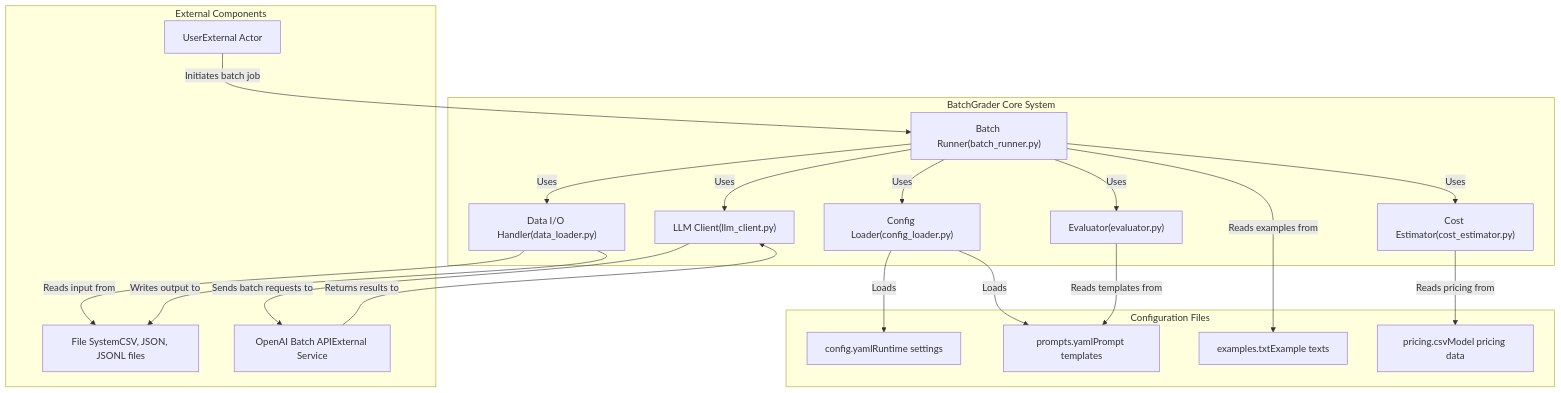
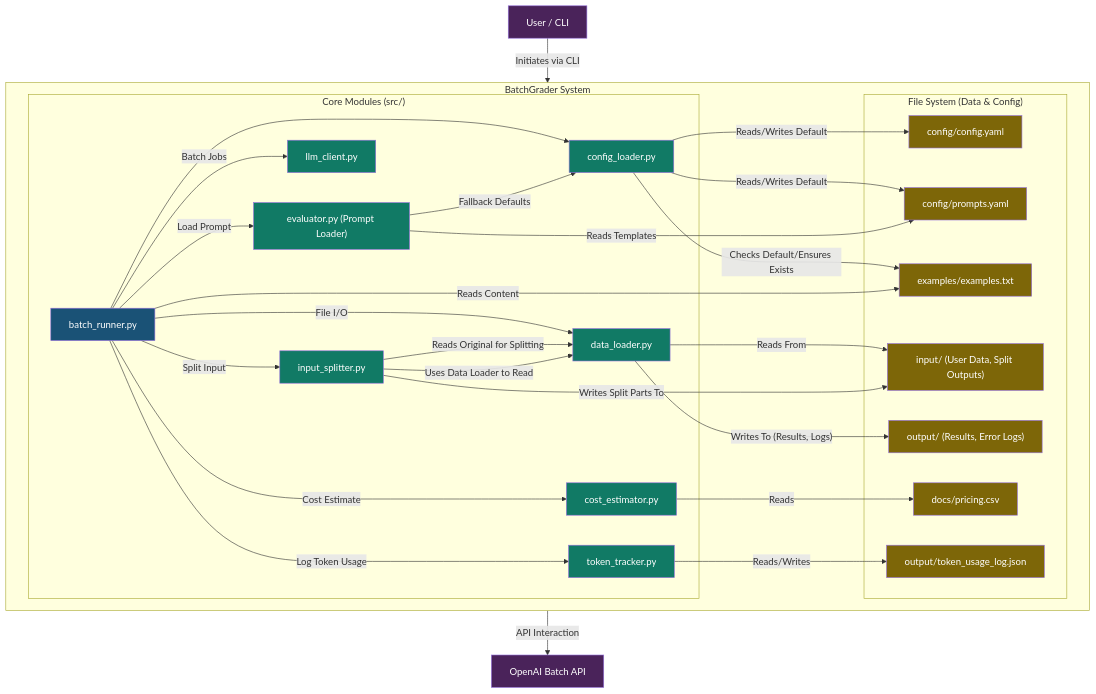
One commit to afunyun/BatchGrader changed the second of 4 diagrams in docs/architecture.md. Above: the diagram before and after it, drawn with Mermaid. The commit also changed other lines of this file and 2 other files, not shown here.

Commit message:
update architecture diagrams and README

````diff
--- a/docs/architecture.md
+++ b/docs/architecture.md
@@ -32,67 +32,76 @@
 ```mermaid
 graph TD
-    %% Main components
-    BatchRunner["Batch Runner(batch_runner.py)"]
-    LLMClient["LLM Client(llm_client.py)"]
-    ConfigLoader["Config Loader(config_loader.py)"]
-    DataIO["Data I/O Handler(data_loader.py)"]
-    Evaluator["Evaluator(evaluator.py)"]
-    CostEstimator["Cost Estimator(cost_estimator.py)"]
-    
-    %% External components
-    User["UserExternal Actor"]
-    FileSystem["File SystemCSV, JSON, JSONL files"]
-    OpenAI["OpenAI Batch APIExternal Service"]
-    
-    %% Configuration files
-    ConfigYAML["config.yamlRuntime settings"]
-    PromptsYAML["prompts.yamlPrompt templates"]
-    Examples["examples.txtExample texts"]
-    Pricing["pricing.csvModel pricing data"]
-    
-    %% Relationships - User interactions
-    User -->|Initiates batch job| BatchRunner
-    
-    %% Relationships - BatchRunner with other components
-    BatchRunner -->|Uses| LLMClient
-    BatchRunner -->|Uses| ConfigLoader
-    BatchRunner -->|Uses| DataIO
-    BatchRunner -->|Uses| Evaluator
-    BatchRunner -->|Uses| CostEstimator
-    
-    %% Relationships - Config management
-    ConfigLoader -->|Loads| ConfigYAML
-    ConfigLoader -->|Loads| PromptsYAML
-    Evaluator -->|Reads templates from| PromptsYAML
-    BatchRunner -->|Reads examples from| Examples
-    CostEstimator -->|Reads pricing from| Pricing
-    
-    %% Relationships - External systems
-    LLMClient -->|Sends batch requests to| OpenAI
-    OpenAI -->|Returns results to| LLMClient
-    DataIO -->|Reads input from| FileSystem
-    DataIO -->|Writes output to| FileSystem
-    
-    %% Visual grouping
-    subgraph BatchGraderCore["BatchGrader Core System"]
-        BatchRunner
-        LLMClient
-        ConfigLoader
-        DataIO
-        Evaluator
-        CostEstimator
+    %% Main System Group
+    subgraph BatchGraderSystem["BatchGrader System"]
+        direction LR
+        %% Core Modules
+        subgraph CoreModules["Core Modules (src/)"]
+            BR["batch_runner.py"]
+            CL["config_loader.py"]
+            DL["data_loader.py"]
+            E["evaluator.py (Prompt Loader)"]
+            LC["llm_client.py"]
+            CE["cost_estimator.py"]
+            TT["token_tracker.py"]
+            IS["input_splitter.py"]
+        end
+
+        %% Data & Config Files
+        subgraph FileSystemData["File System (Data & Config)"]
+            ConfigYAML["config/config.yaml"]
+            PromptsYAML["config/prompts.yaml"]
+            ExamplesTXT["examples/examples.txt"]
+            PricingCSV["docs/pricing.csv"]
+            InputDir["input/ (User Data, Split Outputs)"]
+            OutputDir["output/ (Results, Error Logs)"]
+            TokenLogJSON["output/token_usage_log.json"]
+        end
     end
-    
-    subgraph ExternalComponents["External Components"]
-        User
-        FileSystem
-        OpenAI
-    end
-    
-    subgraph ConfigurationFiles["Configuration Files"]
-        ConfigYAML
-        PromptsYAML
-        Examples
-        Pricing
-    end
+
+    %% External Elements
+    User["User / CLI"]
+    OpenAI_API["OpenAI Batch API"]
+
+    %% Relationships
+    User -- "Initiates via CLI" --> BR
+
+    BR --> CL
+    BR -- "File I/O" --> DL
+    BR -- "Load Prompt" --> E
+    BR -- "Batch Jobs" --> LC
+    BR -- "Cost Estimate" --> CE
+    BR -- "Log Token Usage" --> TT
+    BR -- "Split Input" --> IS
+
+    CL -- "Reads/Writes Default" --> ConfigYAML
+    CL -- "Reads/Writes Default" --> PromptsYAML
+    CL -- "Checks Default/Ensures Exists" --> ExamplesTXT
+
+    E -- "Reads Templates" --> PromptsYAML
+    E -- "Fallback Defaults" --> CL
+
+    DL -- "Reads From" --> InputDir
+    DL -- "Writes To (Results, Logs)" --> OutputDir
+
+    LC -- "API Interaction" --> OpenAI_API
+    %% LC uses tempfile, which interacts with FS, but not directly with DL for this
+    %% For simplicity, direct DL link for temp file omitted, but LC does write a temp file.
+
+    CE -- "Reads" --> PricingCSV
+    TT -- "Reads/Writes" --> TokenLogJSON
+    IS -- "Reads Original for Splitting" --> DL
+    IS -- "Writes Split Parts To" --> InputDir
+
+
+    BR -- "Reads Content" --> ExamplesTXT
+    IS -- "Uses Data Loader to Read" --> DL
+
+    %% Styling (optional, for clarity if rendered)
+    style BR fill:#1A5276,color:#fff
+    style User fill:#4A235A,color:#fff
+    style OpenAI_API fill:#4A235A,color:#fff
+    classDef module fill:#117A65,color:#fff
+    classDef file fill:#7D6608,color:#fff
+    class CL,DL,E,LC,CE,TT,IS module
+    class ConfigYAML,PromptsYAML,ExamplesTXT,PricingCSV,InputDir,OutputDir,TokenLogJSON file
 ```
````
